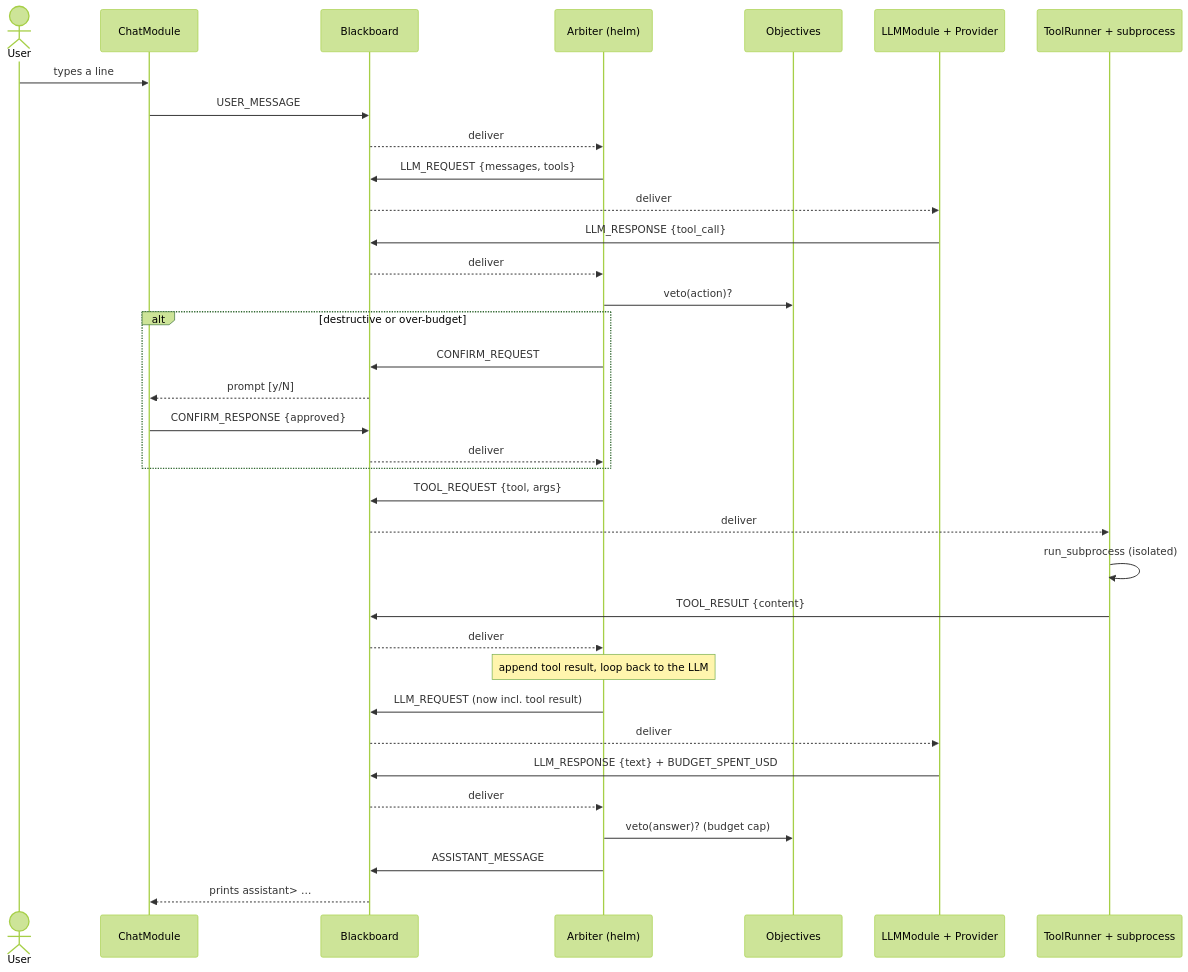
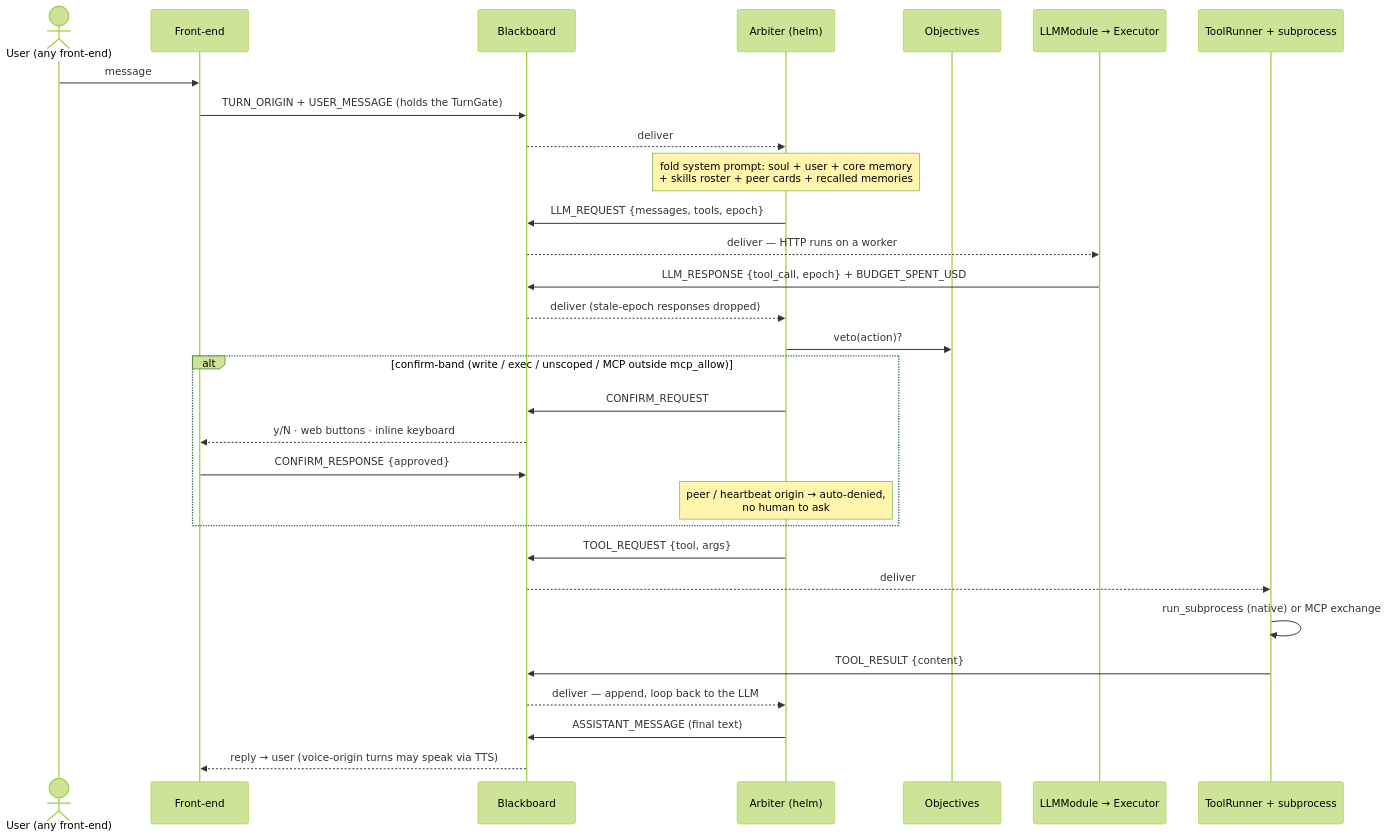
One commit to jjacke13/hades changed the second of 2 diagrams in docs/architecture.md. Above: the diagram before and after it, drawn with Mermaid (forest theme). The commit also changed other lines of this file, not shown here.

Commit message:
docs: architecture.md rewrite for the 2026-07 state — front-ends/TurnGate, offload, autonomy, bridge, memory/skills/MCP, capability gate

````diff
--- a/docs/architecture.md
+++ b/docs/architecture.md
@@ -65,38 +88,33 @@
 ```mermaid
 sequenceDiagram
-    actor U as User
-    participant C as ChatModule
+    actor U as User (any front-end)
+    participant C as Front-end
     participant BB as Blackboard
     participant A as Arbiter (helm)
     participant O as Objectives
-    participant L as LLMModule + Provider
+    participant L as LLMModule → Executor
     participant T as ToolRunner + subprocess
 
-    U->>C: types a line
-    C->>BB: USER_MESSAGE
+    U->>C: message
+    C->>BB: TURN_ORIGIN + USER_MESSAGE (holds the TurnGate)
     BB-->>A: deliver
-    A->>BB: LLM_REQUEST {messages, tools}
-    BB-->>L: deliver
-    L->>BB: LLM_RESPONSE {tool_call}
-    BB-->>A: deliver
+    Note over A: fold system prompt: soul + user + core memory<br/>+ skills roster + peer cards + recalled memories
+    A->>BB: LLM_REQUEST {messages, tools, epoch}
+    BB-->>L: deliver — HTTP runs on a worker
+    L->>BB: LLM_RESPONSE {tool_call, epoch} + BUDGET_SPENT_USD
+    BB-->>A: deliver (stale-epoch responses dropped)
     A->>O: veto(action)?
-    alt destructive or over-budget
+    alt confirm-band (write / exec / unscoped / MCP outside mcp_allow)
         A->>BB: CONFIRM_REQUEST
-        BB-->>C: prompt  [y/N]
+        BB-->>C: y/N · web buttons · inline keyboard
         C->>BB: CONFIRM_RESPONSE {approved}
-        BB-->>A: deliver
+        Note over A: peer / heartbeat origin → auto-denied,<br/>no human to ask
     end
     A->>BB: TOOL_REQUEST {tool, args}
     BB-->>T: deliver
-    T->>T: run_subprocess (isolated)
+    T->>T: run_subprocess (native) or MCP exchange
     T->>BB: TOOL_RESULT {content}
-    BB-->>A: deliver
-    Note over A: append tool result, loop back to the LLM
-    A->>BB: LLM_REQUEST (now incl. tool result)
-    BB-->>L: deliver
-    L->>BB: LLM_RESPONSE {text} + BUDGET_SPENT_USD
-    BB-->>A: deliver
-    A->>O: veto(answer)?  (budget cap)
-    A->>BB: ASSISTANT_MESSAGE
-    BB-->>C: prints  assistant> …
+    BB-->>A: deliver — append, loop back to the LLM
+    A->>BB: ASSISTANT_MESSAGE (final text)
+    BB-->>C: reply → user (voice-origin turns may speak via TTS)
 ```
````
